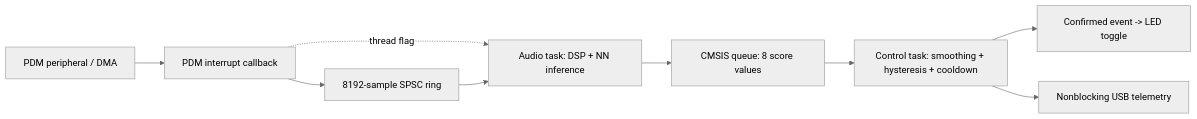
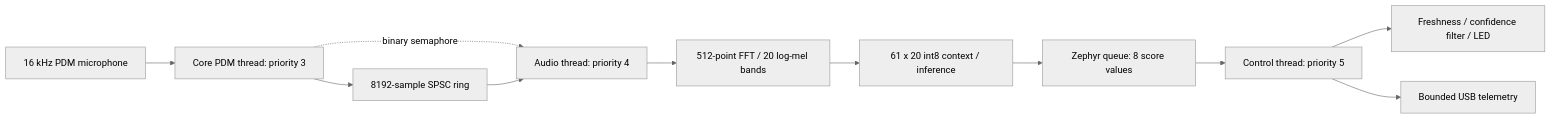
The diagram in README.md (NetKit-Labs/kwskit), drawn with Mermaid (neutral theme) before and after one commit. The commit also changed other lines of this file and 78 other files, not shown here.

````diff
--- a/README.md
+++ b/README.md
@@ -150,11 +52,13 @@
 ```mermaid
 flowchart LR
-    PDM["PDM peripheral / DMA"] --> ISR["PDM interrupt callback"]
-    ISR --> RING["8192-sample SPSC ring"]
-    ISR -. thread flag .-> AUDIO["Audio task: DSP + NN inference"]
+    MIC["16 kHz PDM microphone"] --> PDM["Core PDM thread: priority 3"]
+    PDM --> RING["8192-sample SPSC ring"]
+    PDM -. "binary semaphore" .-> AUDIO["Audio thread: priority 4"]
     RING --> AUDIO
-    AUDIO --> QUEUE["CMSIS queue: 8 score values"]
-    QUEUE --> CONTROL["Control task: smoothing + hysteresis + cooldown"]
-    CONTROL --> LED["Confirmed event -> LED toggle"]
-    CONTROL --> USB["Nonblocking USB telemetry"]
+    AUDIO --> FEATURES["512-point FFT / 20 log-mel bands"]
+    FEATURES --> MODEL["61 x 20 int8 context / inference"]
+    MODEL --> EVENTS["Zephyr queue: 8 score values"]
+    EVENTS --> CONTROL["Control thread: priority 5"]
+    CONTROL --> LED["Freshness / confidence filter / LED"]
+    CONTROL --> USB["Bounded USB telemetry"]
 ```
````
